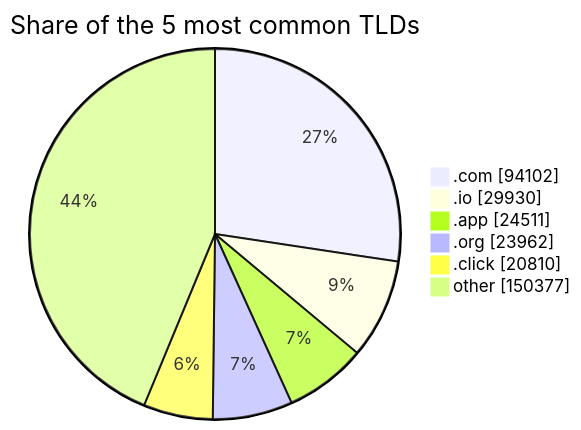
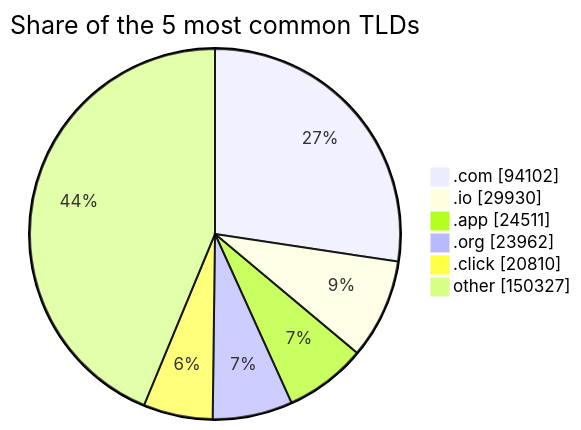
One commit to DNSBunker/CTI changed the third of 3 diagrams in README.md. Above: the diagram before and after it, drawn with Mermaid. The commit also changed other lines of this file and 4 other files, not shown here.

````diff
--- a/README.md
+++ b/README.md
@@ -81,9 +81,9 @@
 ```mermaid
 pie showData title Share of the 5 most common TLDs
     ".com" : 94102
     ".io" : 29930
     ".app" : 24511
     ".org" : 23962
     ".click" : 20810
-    "other" : 150377
+    "other" : 150327
 ```
````
